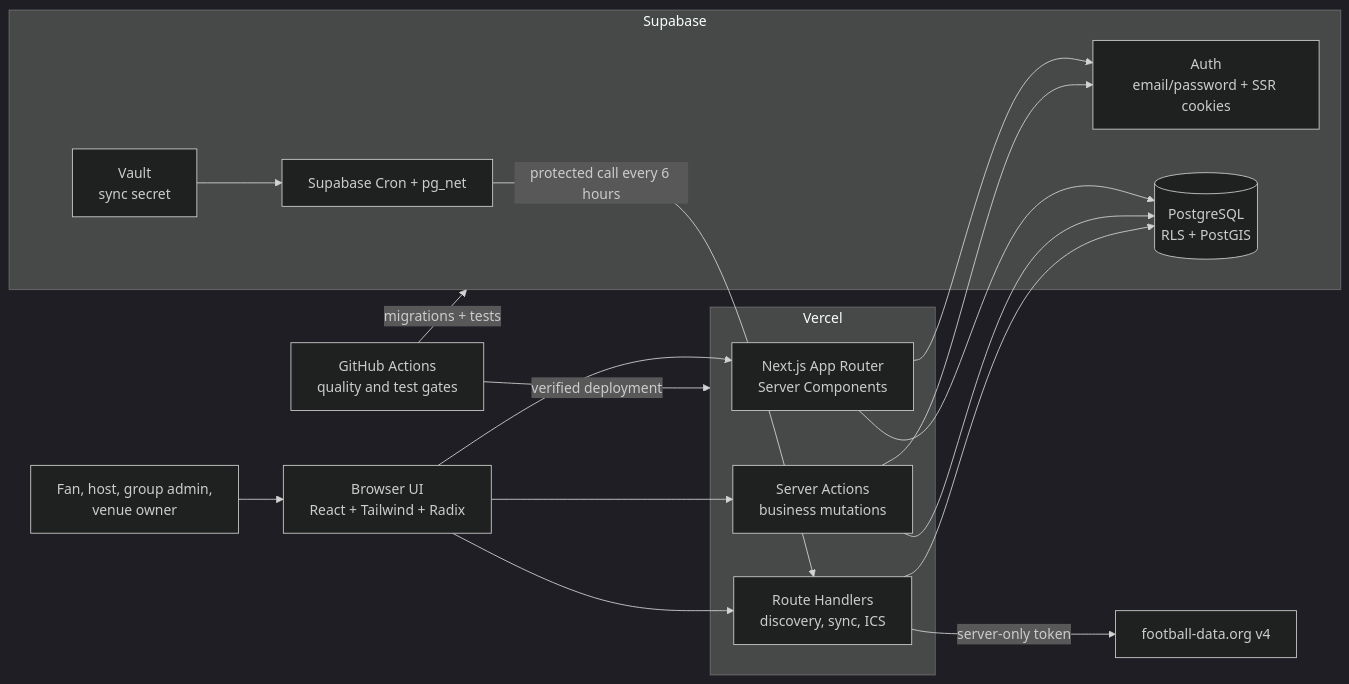
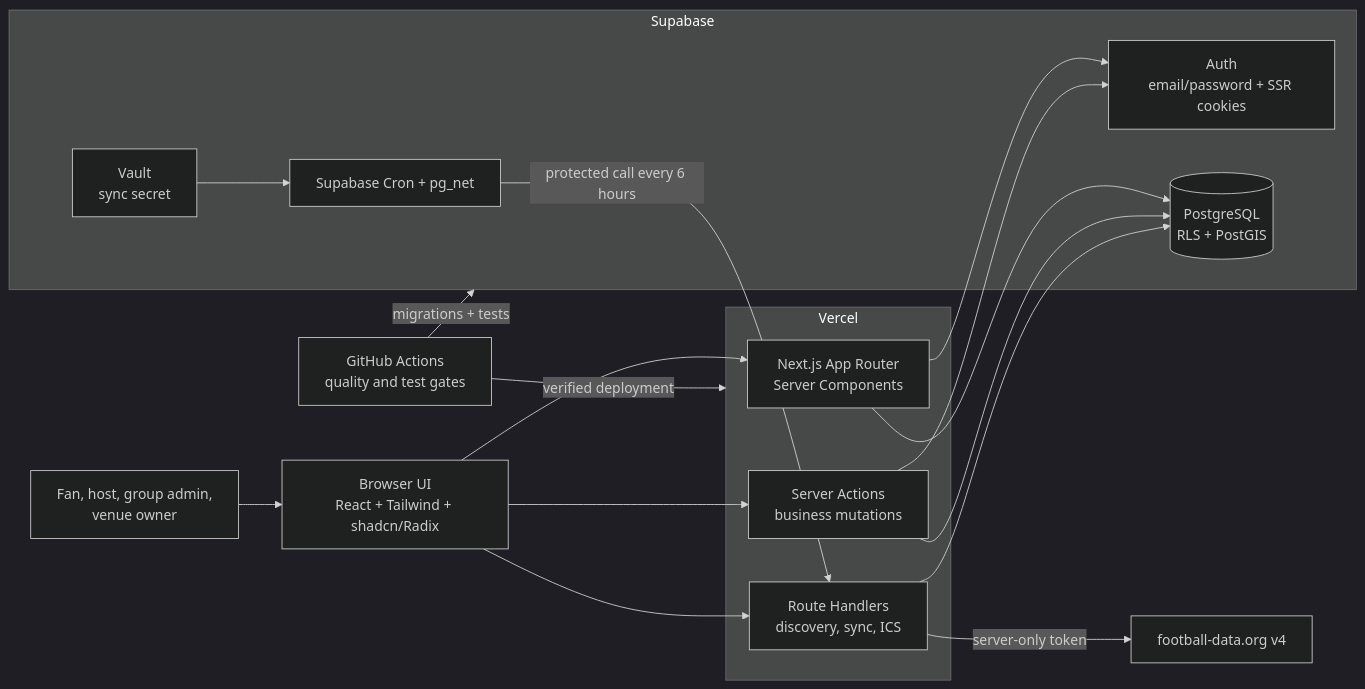
One commit to gethuddle/huddle changed the diagram in docs/HUDDLE-ARCHITECTURE.md. Above: the diagram before and after it, drawn with Mermaid (dark theme). The commit also changed other lines of this file and 5 other files, not shown here.

````diff
--- a/docs/HUDDLE-ARCHITECTURE.md
+++ b/docs/HUDDLE-ARCHITECTURE.md
@@ -91,36 +91,36 @@
 ```mermaid
 flowchart LR
     Person[Fan, host, group admin,<br/>venue owner]
-    Browser[Browser UI<br/>React + Tailwind + Radix]
+    Browser[Browser UI<br/>React + Tailwind + shadcn/Radix]
 
     subgraph Vercel[Vercel]
         Next[Next.js App Router<br/>Server Components]
         Mutations[Server Actions<br/>business mutations]
         Routes[Route Handlers<br/>discovery, sync, ICS]
     end
 
     subgraph Supabase[Supabase]
         Auth[Auth<br/>email/password + SSR cookies]
         DB[(PostgreSQL<br/>RLS + PostGIS)]
         Cron[Supabase Cron + pg_net]
         Vault[Vault<br/>sync secret]
     end
 
     Provider[football-data.org v4]
     CI[GitHub Actions<br/>quality and test gates]
 
     Person --> Browser
     Browser --> Next
     Browser --> Mutations
     Browser --> Routes
     Next --> Auth
     Mutations --> Auth
     Next --> DB
     Mutations --> DB
     Routes --> DB
     Cron -->|protected call every 6 hours| Routes
     Vault --> Cron
     Routes -->|server-only token| Provider
     CI -->|verified deployment| Vercel
     CI -->|migrations + tests| Supabase
 ```
````
